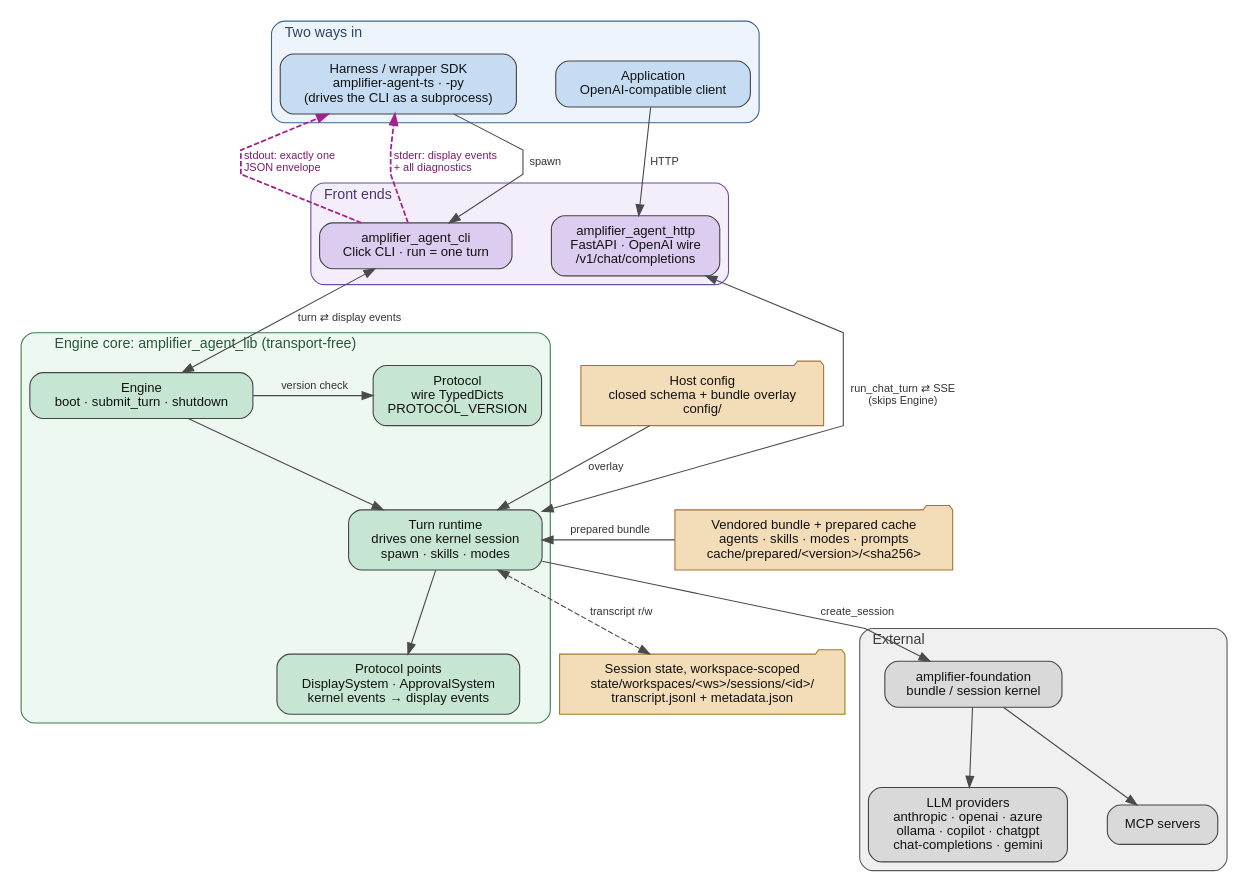
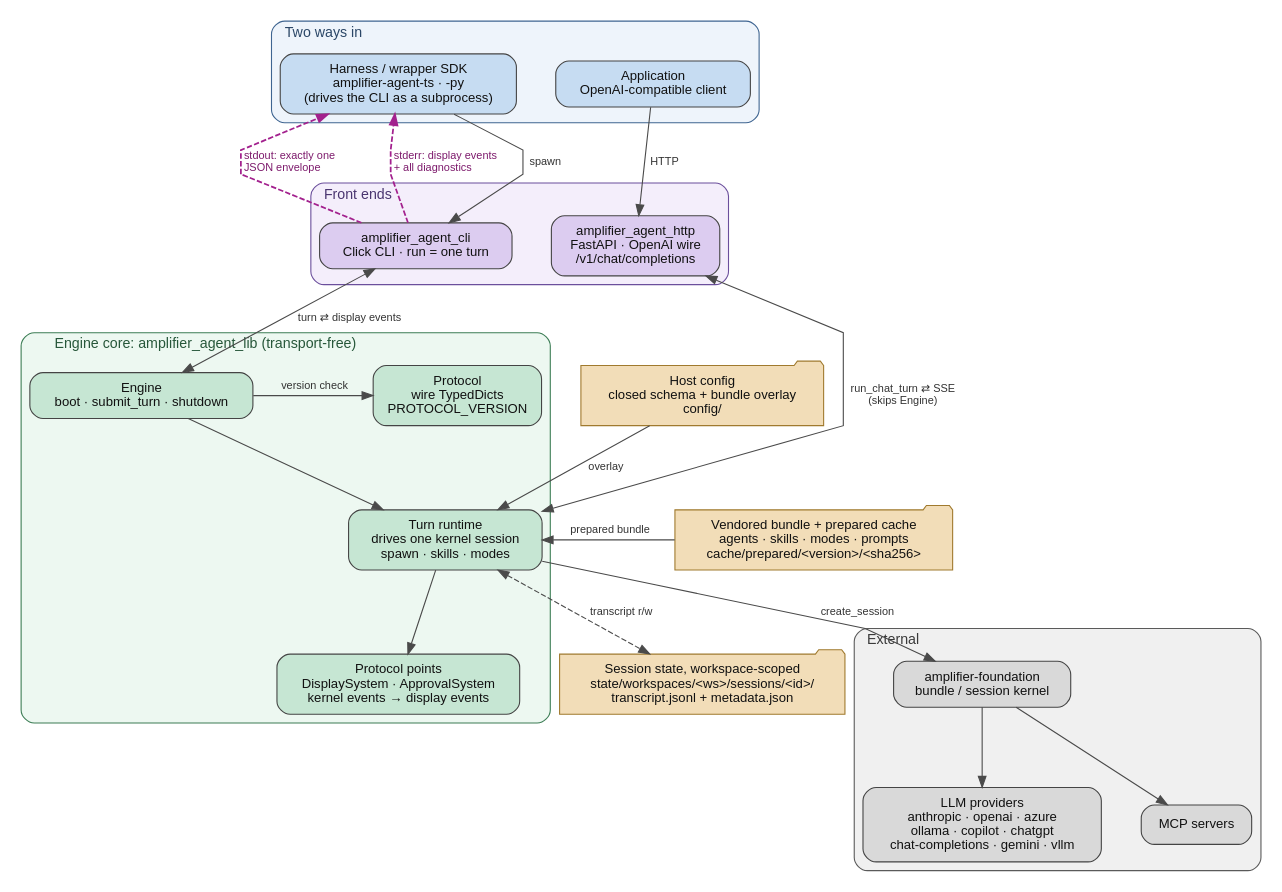
One commit to microsoft/amplifier-agent changed the diagram in docs/architecture/architecture.dot. Above: the diagram before and after it, drawn with Graphviz. The commit also changed 20 other files, not shown here.

First line of the commit message:
feat(providers): add vllm provider (self-hosted vLLM via Responses API) (#130)

```diff
--- a/docs/architecture/architecture.dot
+++ b/docs/architecture/architecture.dot
@@ -1,128 +1,128 @@
 // amplifier-agent architecture.
 //
 // Source of truth for docs/architecture/architecture.png.
 // Regenerate with:  dot -Tpng architecture.dot -o architecture.png
 //
 // Scope: the shape of the system, not its inventory. Module groups are
 // collapsed into one node where the group behaves as one thing, and only the
 // edges that explain the system are drawn. See docs/ARCHITECTURE.md for the
 // narrative, docs/SPEC.md for the full contract surface, and
 // architecture/data-flows.md for step-by-step traces.
 
 digraph amplifier_agent {
   rankdir=TB;
   compound=true;
   newrank=true;
   splines=polyline;
   nodesep=0.5;
   ranksep=0.9;
 
   graph [fontname="Helvetica", fontsize=13, labelloc="t", labeljust="l"];
   node  [fontname="Helvetica", fontsize=12, shape=box, style="rounded,filled",
          color="#444444", fontcolor="#111111", margin="0.18,0.11"];
   edge  [fontname="Helvetica", fontsize=10, color="#4a4a4a", fontcolor="#333333"];
 
   // ------------------------------------------------------------- consumers
   subgraph cluster_consumers {
     label="Two ways in";
     style="rounded,filled";
     fillcolor="#eef4fb";
     color="#3f6591";
     fontcolor="#2b4767";
 
     node [fillcolor="#c6dcf2"];
     harness [label="Harness / wrapper SDK\namplifier-agent-ts · -py\n(drives the CLI as a subprocess)"];
     app     [label="Application\nOpenAI-compatible client"];
   }
 
   // ------------------------------------------------------------ front ends
   subgraph cluster_frontends {
     label="Front ends";
     style="rounded,filled";
     fillcolor="#f4eefb";
     color="#6b4f9c";
     fontcolor="#4a3570";
 
     node [fillcolor="#dcccf0"];
     cli  [label="amplifier_agent_cli\nClick CLI · run = one turn"];
     http [label="amplifier_agent_http\nFastAPI · OpenAI wire\n/v1/chat/completions"];
   }
 
   // ------------------------------------------------------------ engine core
   subgraph cluster_core {
     label="Engine core: amplifier_agent_lib (transport-free)";
     style="rounded,filled";
     fillcolor="#edf8f1";
     color="#3c7d55";
     fontcolor="#27573a";
 
     node [fillcolor="#c6e6d3"];
     engine   [label="Engine\nboot · submit_turn · shutdown"];
     protocol [label="Protocol\nwire TypedDicts\nPROTOCOL_VERSION"];
     runtime  [label="Turn runtime\ndrives one kernel session\nspawn · skills · modes"];
     points   [label="Protocol points\nDisplaySystem · ApprovalSystem\nkernel events → display events"];
   }
 
   // ------------------------------------------------------- inputs / on-disk
   // Deliberately not a cluster: an extra box here only stretches the layout.
   // Shared fill + folder shape carries the grouping. Home is
   // ~/.amplifier-agent ($AMPLIFIER_AGENT_HOME).
   {
     node [fillcolor="#f2ddb8", shape=folder, style="filled", color="#a07a2e"];
     bundle [label="Vendored bundle + prepared cache\nagents · skills · modes · prompts\ncache/prepared/<version>/<sha256>"];
     config [label="Host config\nclosed schema + bundle overlay\nconfig/"];
     state  [label="Session state, workspace-scoped\nstate/workspaces/<ws>/sessions/<id>/\ntranscript.jsonl + metadata.json"];
   }
 
   // -------------------------------------------------------------- external
   subgraph cluster_external {
     label="External";
     style="rounded,filled";
     fillcolor="#f0f0f0";
     color="#5a5a5a";
     fontcolor="#3a3a3a";
 
     node [fillcolor="#d9d9d9"];
     kernel    [label="amplifier-foundation\nbundle / session kernel"];
-    providers [label="LLM providers\nanthropic · openai · azure\nollama · copilot · chatgpt\nchat-completions · gemini"];
+    providers [label="LLM providers\nanthropic · openai · azure\nollama · copilot · chatgpt\nchat-completions · gemini · vllm"];
     mcp       [label="MCP servers"];
   }
 
   // ==================================================================== edges
 
   // in
   harness -> cli  [label="  spawn"];
   app     -> http [label="  HTTP"];
 
   // the CLI stream contract: one envelope out, everything else on stderr
   cli -> harness [color="#a3218e", fontcolor="#7d1a6c", style=dashed, penwidth=1.6,
                   label="  stdout: exactly one\l  JSON envelope\l"];
   cli -> harness [color="#a3218e", fontcolor="#7d1a6c", style=dashed, penwidth=1.6,
                   label="  stderr: display events\l  + all diagnostics\l"];
 
   // both front ends reach the same core; output returns the same way
   cli  -> engine  [dir=both, label="  turn ⇄ display events"];
   http -> runtime [dir=both, label="  run_chat_turn ⇄ SSE\n  (skips Engine)"];
 
   // core internals
   engine  -> protocol [label="  version check"];
   engine  -> runtime;
   runtime -> points;
   runtime -> kernel   [label="  create_session"];
 
   // inputs feed the core; session state comes back out
   bundle  -> runtime [label="  prepared bundle"];
   config  -> runtime [label="  overlay"];
   runtime -> state   [dir=both, style=dashed, label="  transcript r/w"];
 
   // external fan-out
   kernel -> providers;
   kernel -> mcp;
 
   // layering
   { rank=same; harness; app; }
   { rank=same; cli; http; }
   { rank=same; engine; protocol; config; }
   { rank=same; runtime; bundle; }
   { rank=same; points; state; kernel; }
 }
```
